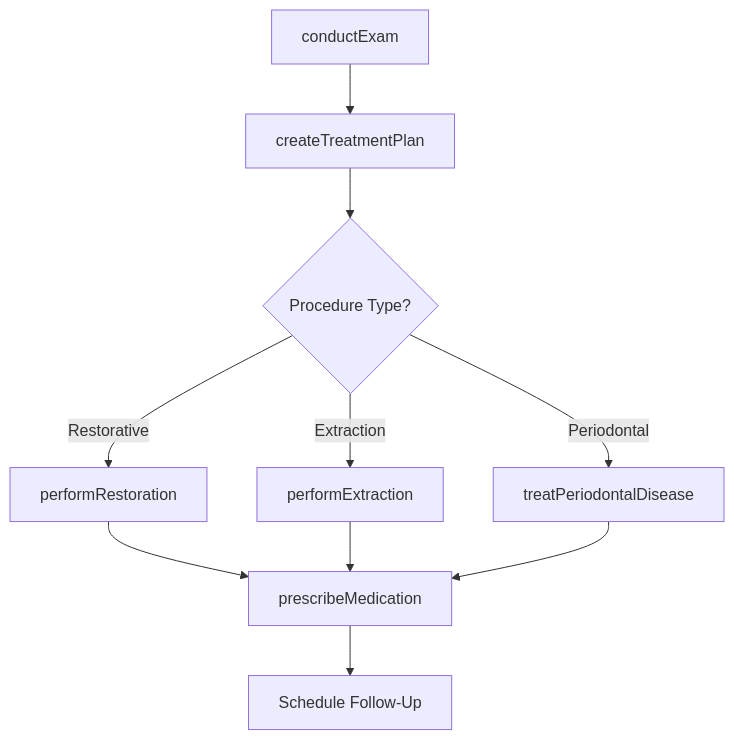
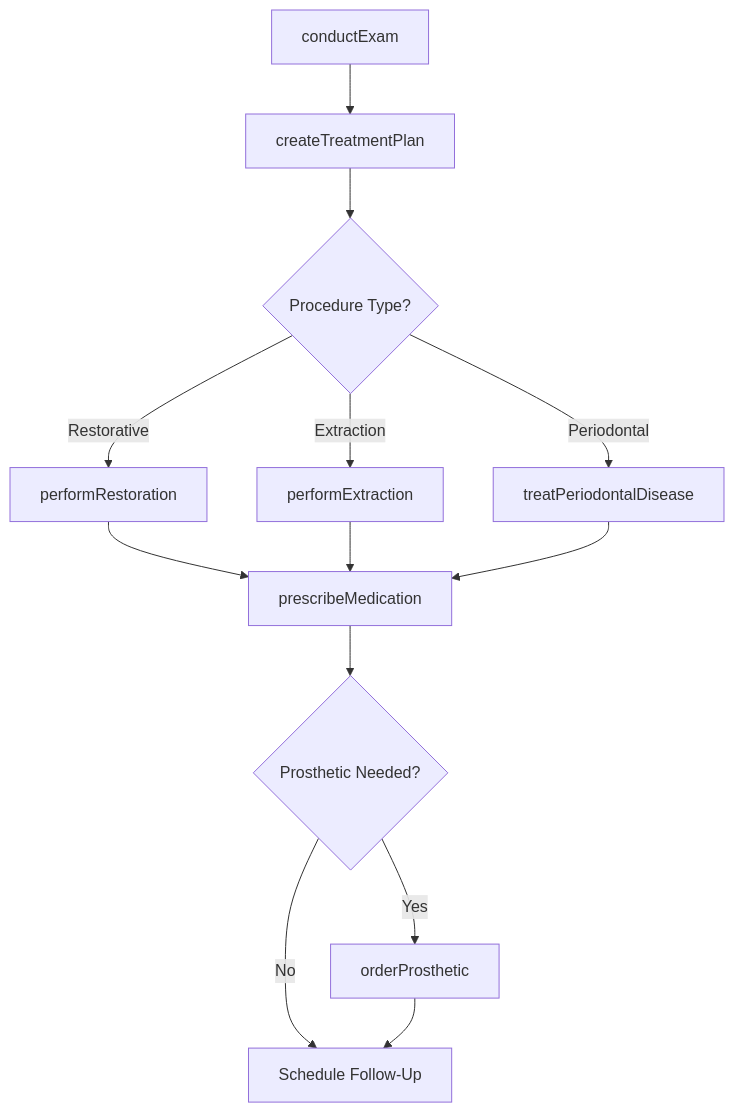
The third of 4 diagrams in AssistingAndCaringForOthers/TreatInjuriesIllnessesOrDiseases/TreatDentalProblemsDiseases.mdx (dot-org-ai/tasks.org.ai), drawn with Mermaid before and after one commit. The commit also changed other lines of this file and 504 other files, not shown here.

First line of the commit message:
feat: Add ER diagrams, state diagrams, and workflow improvements to 96 DWA task files

````diff
--- a/AssistingAndCaringForOthers/TreatInjuriesIllnessesOrDiseases/TreatDentalProblemsDiseases.mdx
+++ b/AssistingAndCaringForOthers/TreatInjuriesIllnessesOrDiseases/TreatDentalProblemsDiseases.mdx
@@ -87,12 +117,15 @@
 ```mermaid
 graph TD
     A[conductExam] --> B[createTreatmentPlan]
     B --> C{Procedure Type?}
     C -->|Restorative| D[performRestoration]
     C -->|Extraction| E[performExtraction]
     C -->|Periodontal| F[treatPeriodontalDisease]
     D --> G[prescribeMedication]
     E --> G
     F --> G
-    G --> H[Schedule Follow-Up]
+    G --> H{Prosthetic Needed?}
+    H -->|Yes| I[orderProsthetic]
+    H -->|No| J[Schedule Follow-Up]
+    I --> J
 ```
````
